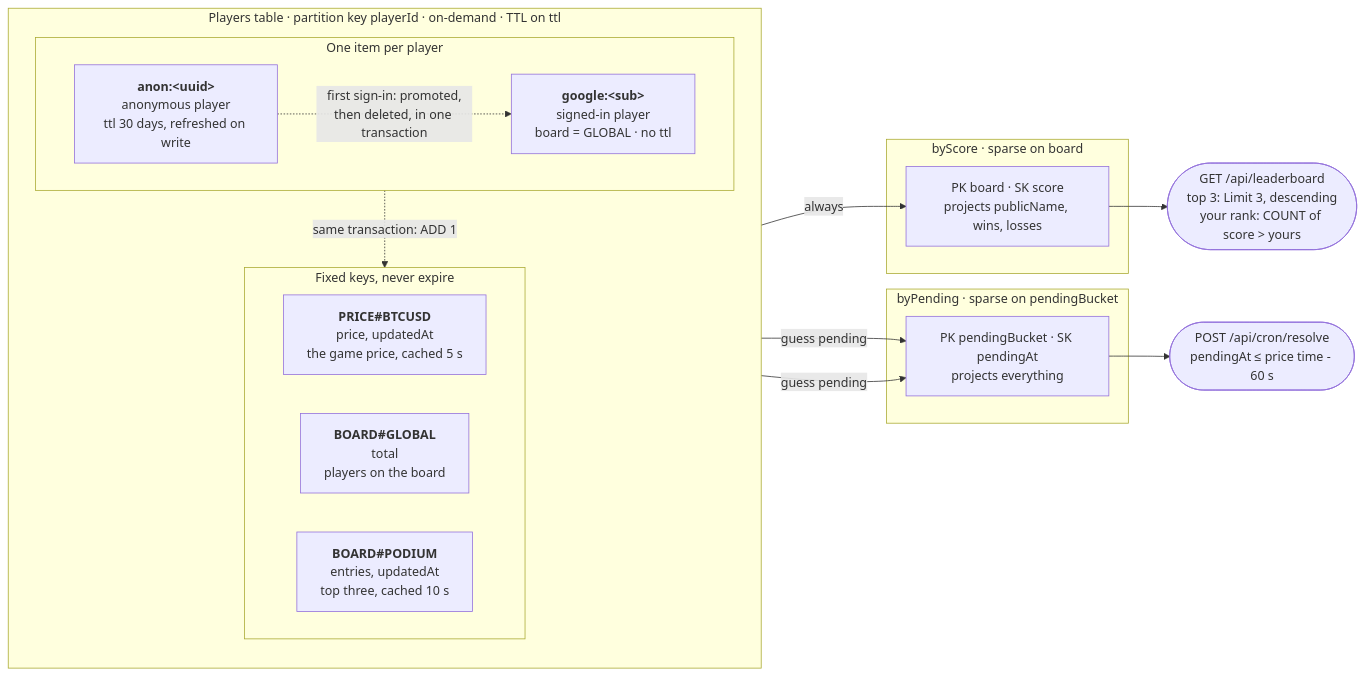
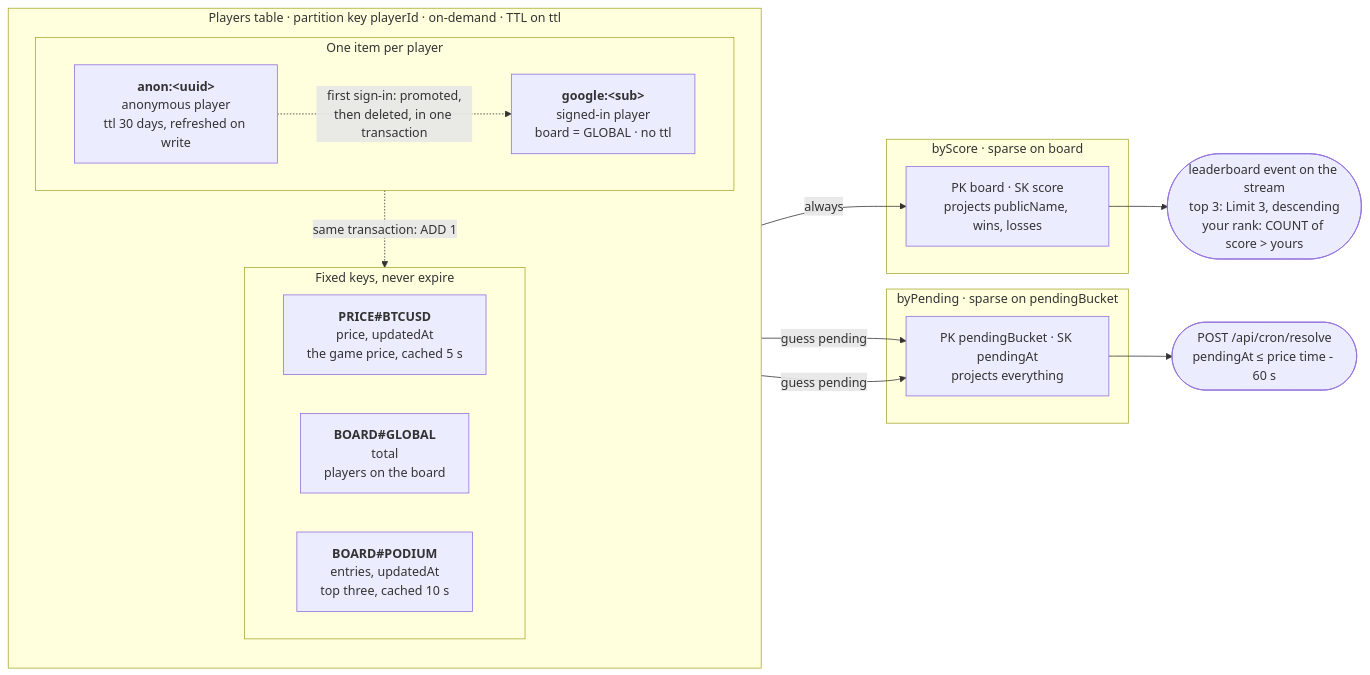
Before and after one commit to imcarvalho/epilot-btc: the diagram in docs/engineering-spec.md, drawn with Mermaid. The commit also changed other lines of this file and 3 other files, not shown here.

````diff
--- a/docs/engineering-spec.md
+++ b/docs/engineering-spec.md
@@ -96,34 +98,34 @@
 ```mermaid
 flowchart LR
     subgraph table["Players table · partition key playerId · on-demand · TTL on ttl"]
         direction TB
         subgraph players["One item per player"]
             direction LR
             anon["<b>anon:&lt;uuid&gt;</b><br/>anonymous player<br/>ttl 30 days, refreshed on write"]
             google["<b>google:&lt;sub&gt;</b><br/>signed-in player<br/>board = GLOBAL · no ttl"]
         end
         subgraph shared["Fixed keys, never expire"]
             direction LR
             price["<b>PRICE#BTCUSD</b><br/>price, updatedAt<br/>the game price, cached 5 s"]
             total["<b>BOARD#GLOBAL</b><br/>total<br/>players on the board"]
             podium["<b>BOARD#PODIUM</b><br/>entries, updatedAt<br/>top three, cached 10 s"]
         end
     end
 
     subgraph byScore["byScore · sparse on board"]
         scoreKeys["PK board · SK score<br/>projects publicName, wins, losses"]
     end
 
     subgraph byPending["byPending · sparse on pendingBucket"]
         pendingKeys["PK pendingBucket · SK pendingAt<br/>projects everything"]
     end
 
     anon -. "first sign-in: promoted,<br/>then deleted, in one transaction" .-> google
     google -. "same transaction: ADD 1" .-> total
     google -- "always" --> scoreKeys
     anon -- "guess pending" --> pendingKeys
     google -- "guess pending" --> pendingKeys
 
-    scoreKeys --> leaderboard(["GET /api/leaderboard<br/>top 3: Limit 3, descending<br/>your rank: COUNT of score &gt; yours"])
+    scoreKeys --> leaderboard(["leaderboard event on the stream<br/>top 3: Limit 3, descending<br/>your rank: COUNT of score &gt; yours"])
     pendingKeys --> sweep(["POST /api/cron/resolve<br/>pendingAt ≤ price time - 60 s"])
 ```
````
